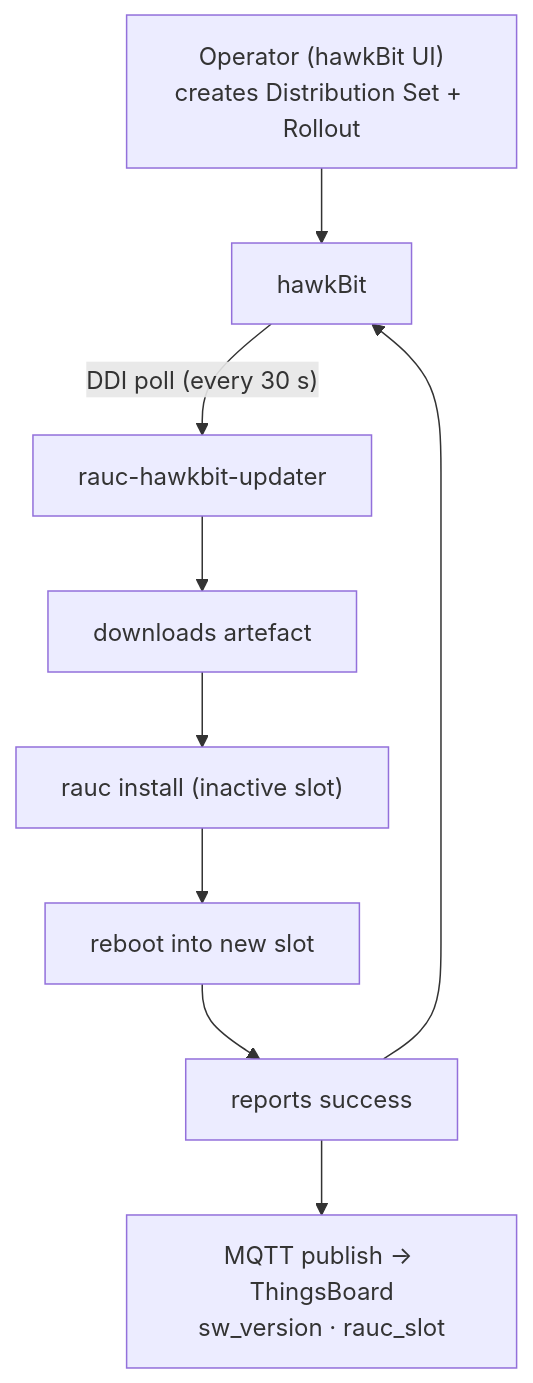
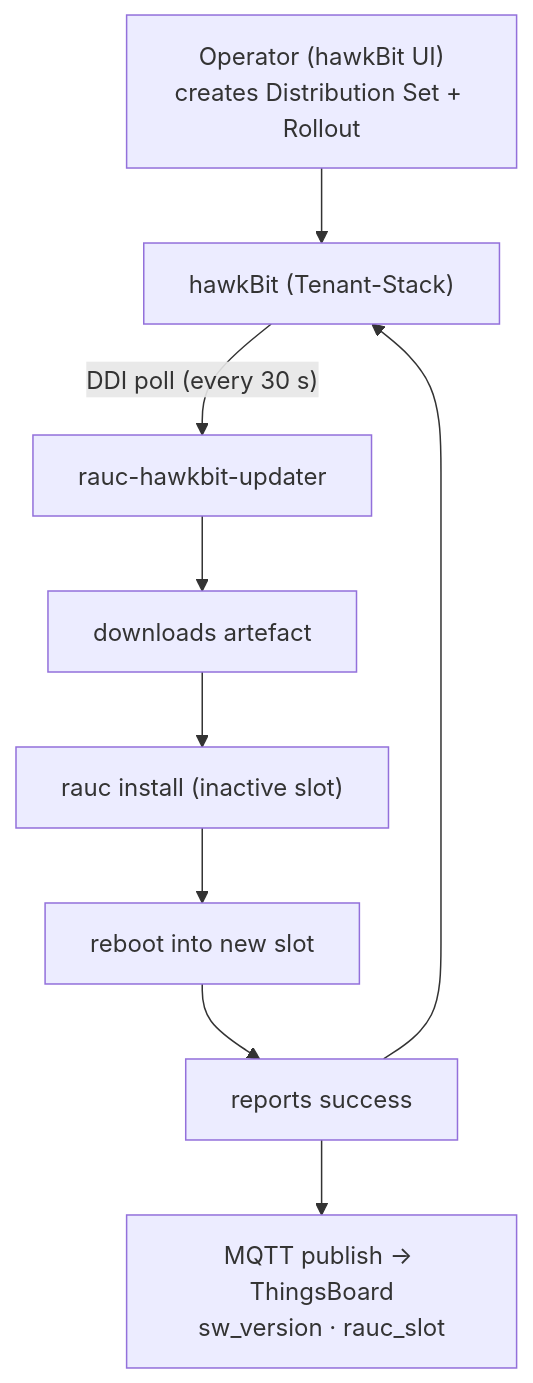
Before and after one commit to the78mole/complete-device-management: the second of 5 diagrams in docs/architecture/data-flow.md, drawn with Mermaid. The commit also changed other lines of this file and 237 other files, not shown here.

````diff
--- a/docs/architecture/data-flow.md
+++ b/docs/architecture/data-flow.md
@@ -45,20 +72,17 @@
 ```mermaid
 graph TD
-    OP["Operator (hawkBit UI)<br/>creates Distribution Set + Rollout"]
-    HB[hawkBit]
+    OP["Operator (hawkBit UI)<br>creates Distribution Set + Rollout"]
+    HB["hawkBit (Tenant-Stack)"]
     UPD[rauc-hawkbit-updater]
     DL[downloads artefact]
     INST["rauc install (inactive slot)"]
     REBOOT[reboot into new slot]
     RPT[reports success]
-    MQTT["MQTT publish → ThingsBoard<br/>sw_version · rauc_slot"]
+    MQTT["MQTT publish → ThingsBoard<br>sw_version · rauc_slot"]
 
     OP --> HB
     HB -->|"DDI poll (every 30 s)"| UPD
-    UPD --> DL
-    DL --> INST
-    INST --> REBOOT
-    REBOOT --> RPT
+    UPD --> DL --> INST --> REBOOT --> RPT
     RPT --> HB
     RPT --> MQTT
 ```
````
